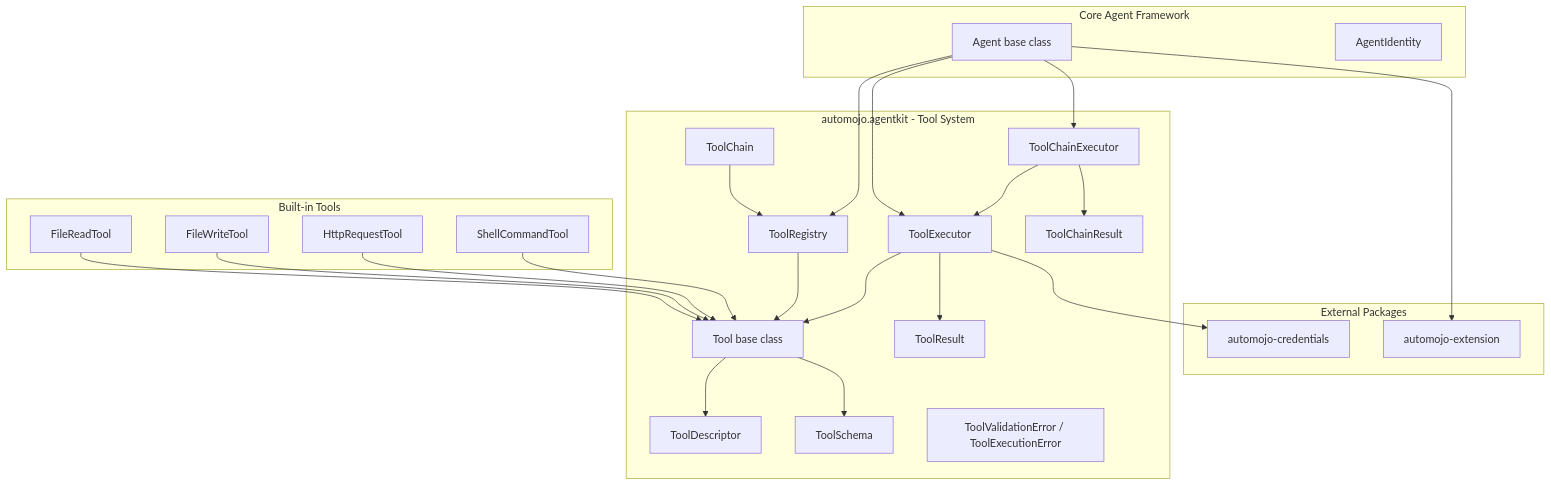
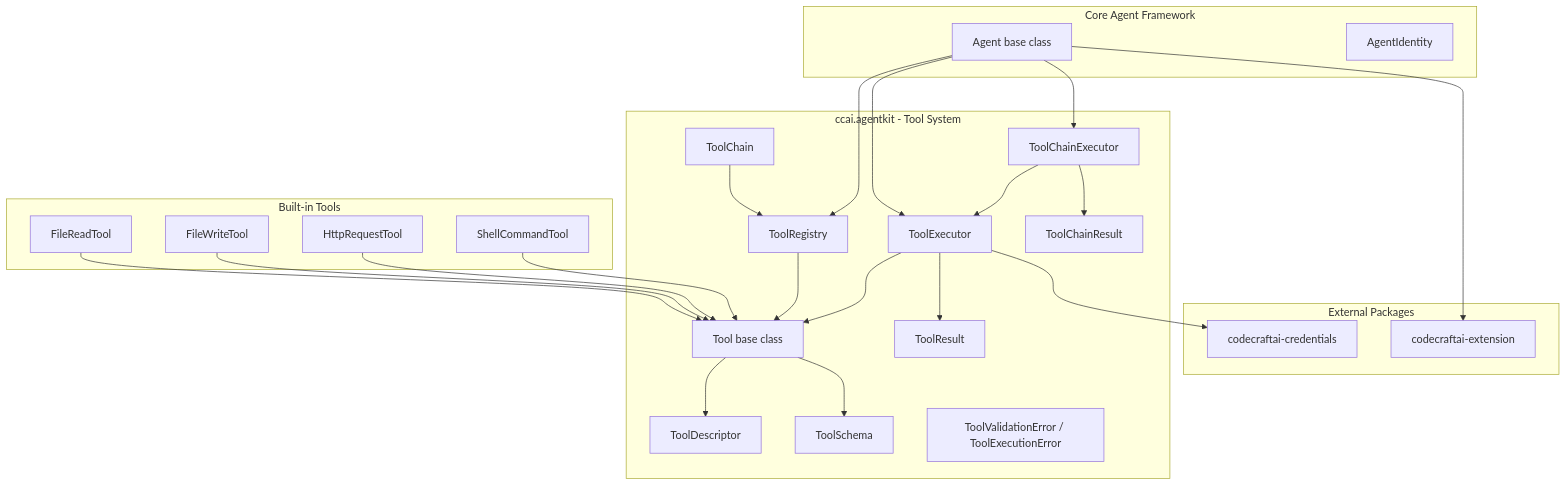
One commit to code-craft-ai-company/codecraftai-agent-kit changed the first of 3 diagrams in specs/tool-capability-system/design.md. Above: the diagram before and after it, drawn with Mermaid. The commit also changed other lines of this file and 1083 other files, not shown here.

Commit message:
rebrand: Automation Mojo -> Code Craft AI (automojo->ccai namespace)

````diff
--- a/specs/tool-capability-system/design.md
+++ b/specs/tool-capability-system/design.md
@@ -30,50 +30,50 @@
 ```mermaid
 graph TD
-    subgraph automojo.agentkit - Tool System
+    subgraph ccai.agentkit - Tool System
         Tool[Tool base class]
         ToolDescriptor[ToolDescriptor]
         ToolSchema[ToolSchema]
         ToolRegistry[ToolRegistry]
         ToolExecutor[ToolExecutor]
         ToolResult[ToolResult]
         ToolChain[ToolChain]
         ToolChainExecutor[ToolChainExecutor]
         ToolChainResult[ToolChainResult]
         ToolErrors[ToolValidationError / ToolExecutionError]
     end
 
     subgraph Built-in Tools
         FileReadTool[FileReadTool]
         FileWriteTool[FileWriteTool]
         HttpRequestTool[HttpRequestTool]
         ShellCommandTool[ShellCommandTool]
     end
 
     subgraph Core Agent Framework
         Agent[Agent base class]
         AgentIdentity[AgentIdentity]
     end
 
     subgraph External Packages
-        Extension[automojo-extension]
-        Credentials[automojo-credentials]
+        Extension[codecraftai-extension]
+        Credentials[codecraftai-credentials]
     end
 
     Agent --> ToolRegistry
     Agent --> ToolExecutor
     Agent --> ToolChainExecutor
     Tool --> ToolDescriptor
     Tool --> ToolSchema
     ToolExecutor --> Tool
     ToolExecutor --> ToolResult
     ToolExecutor --> Credentials
     ToolChainExecutor --> ToolExecutor
     ToolChainExecutor --> ToolChainResult
     ToolChain --> ToolRegistry
     ToolRegistry --> Tool
     FileReadTool --> Tool
     FileWriteTool --> Tool
     HttpRequestTool --> Tool
     ShellCommandTool --> Tool
     Agent --> Extension
 ```
````
